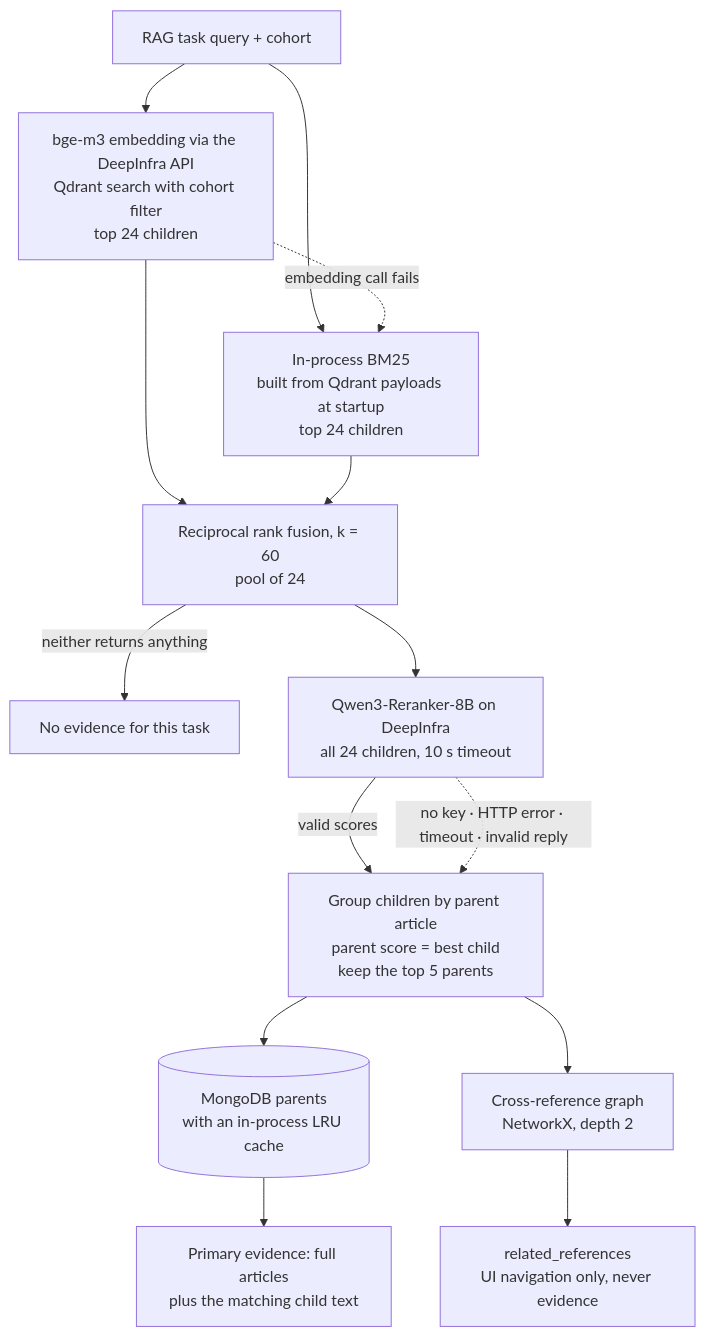
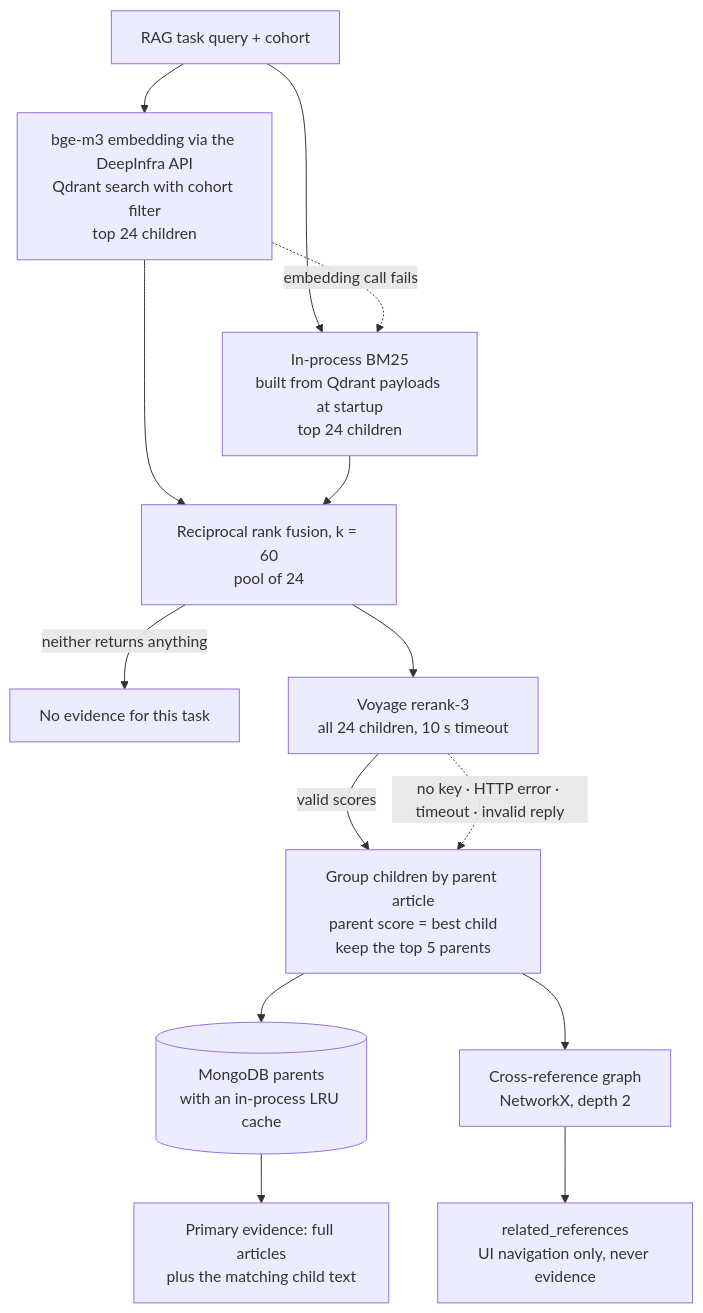
One commit to AnhPhiNe/student-handbook-rag-chatbot changed the fourth of 7 diagrams in README.md. Above: the diagram before and after it, drawn with Mermaid. The commit also changed other lines of this file and 5 other files, not shown here.

First line of the commit message:
feat(retrieval): rerank with Voyage rerank-3, keeping DeepInfra as a provider option

````diff
--- a/README.md
+++ b/README.md
@@ -236,16 +236,16 @@
 ```mermaid
 flowchart TD
     Q["RAG task query + cohort"] --> Dense["bge-m3 embedding via the DeepInfra API<br/>Qdrant search with cohort filter<br/>top 24 children"]
     Q --> Lex["In-process BM25<br/>built from Qdrant payloads at startup<br/>top 24 children"]
     Dense -.->|embedding call fails| Lex
     Dense --> RRF["Reciprocal rank fusion, k = 60<br/>pool of 24"]
     Lex --> RRF
     RRF -->|"neither returns anything"| None["No evidence for this task"]
-    RRF --> Rerank["Qwen3-Reranker-8B on DeepInfra<br/>all 24 children, 10 s timeout"]
+    RRF --> Rerank["Voyage rerank-3<br/>all 24 children, 10 s timeout"]
     Rerank -->|valid scores| Group["Group children by parent article<br/>parent score = best child<br/>keep the top 5 parents"]
     Rerank -.->|"no key · HTTP error · timeout · invalid reply"| Group
     Group --> Mongo[("MongoDB parents<br/>with an in-process LRU cache")]
     Mongo --> Evidence["Primary evidence: full articles<br/>plus the matching child text"]
     Group --> Graph["Cross-reference graph<br/>NetworkX, depth 2"]
     Graph --> Related["related_references<br/>UI navigation only, never evidence"]
 ```
````
